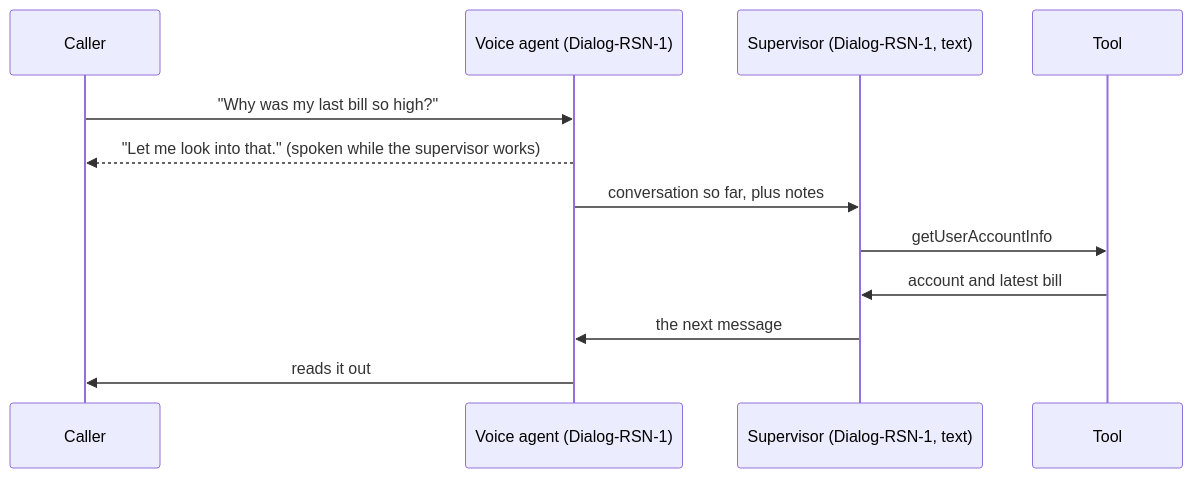
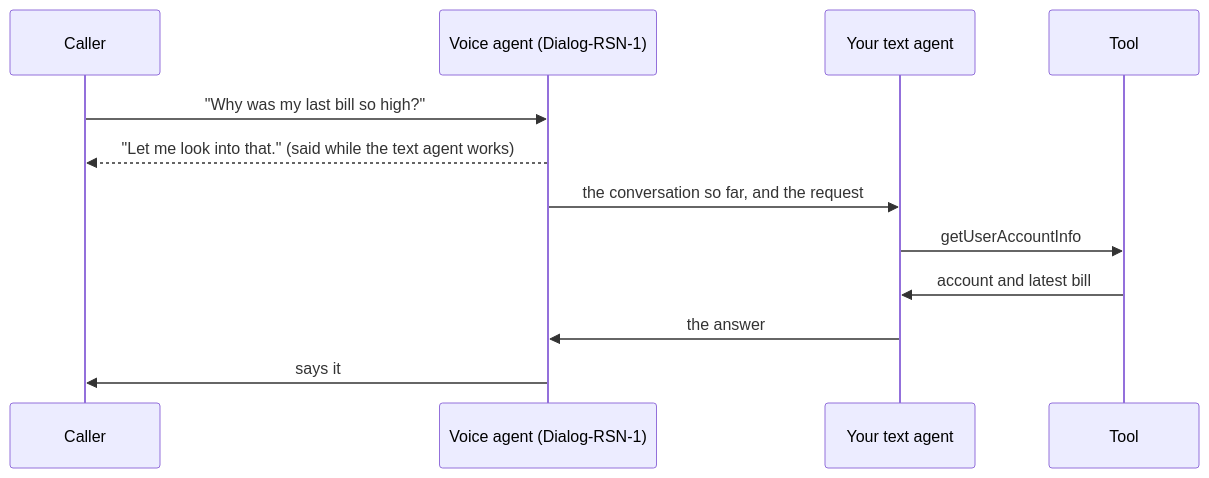
Before and after one commit to polyai/dialog-rsn-1-realtime-agents: the second of 2 diagrams in README.md, drawn with Mermaid. The commit also changed other lines of this file and 25 other files, not shown here.

````diff
--- a/README.md
+++ b/README.md
@@ -123,14 +186,14 @@
 ```mermaid
 sequenceDiagram
     participant Caller
     participant Voice as Voice agent (Dialog-RSN-1)
-    participant Sup as Supervisor (Dialog-RSN-1, text)
+    participant Text as Your text agent
     participant Tool
     Caller->>Voice: "Why was my last bill so high?"
-    Voice-->>Caller: "Let me look into that." (spoken while the supervisor works)
-    Voice->>Sup: conversation so far, plus notes
-    Sup->>Tool: getUserAccountInfo
-    Tool->>Sup: account and latest bill
-    Sup->>Voice: the next message
-    Voice->>Caller: reads it out
+    Voice-->>Caller: "Let me look into that." (said while the text agent works)
+    Voice->>Text: the conversation so far, and the request
+    Text->>Tool: getUserAccountInfo
+    Tool->>Text: account and latest bill
+    Text->>Voice: the answer
+    Voice->>Caller: says it
 ```
````
